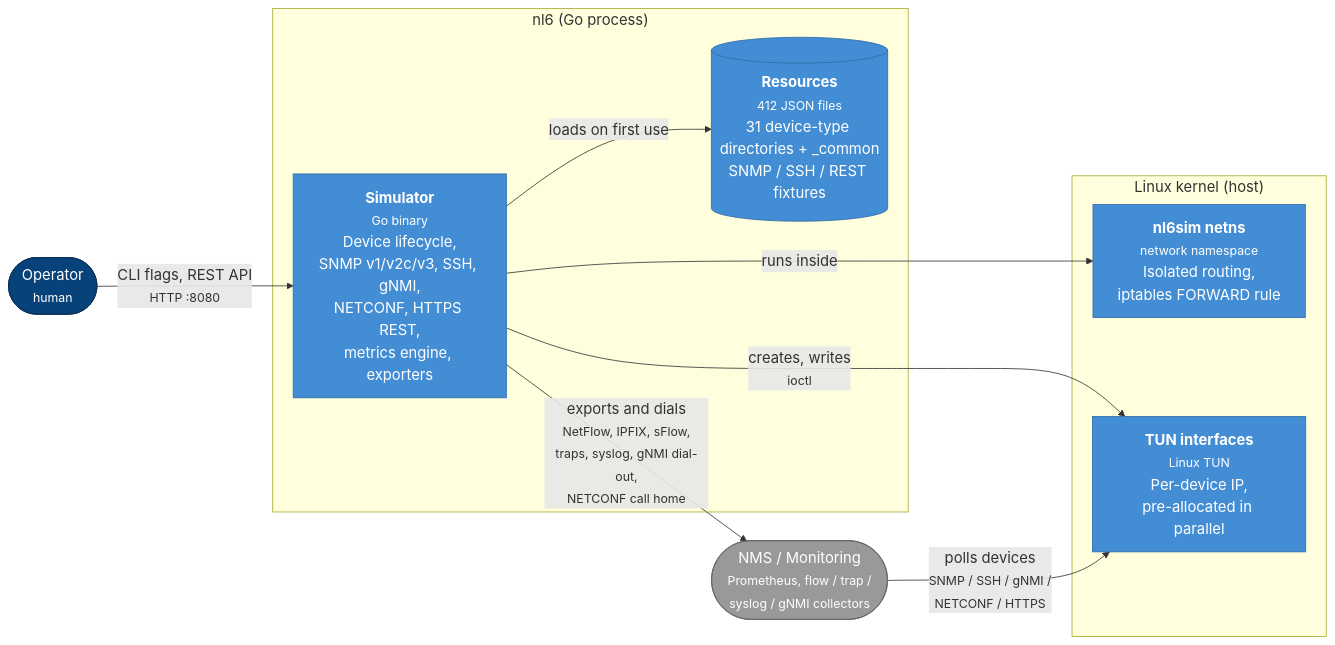
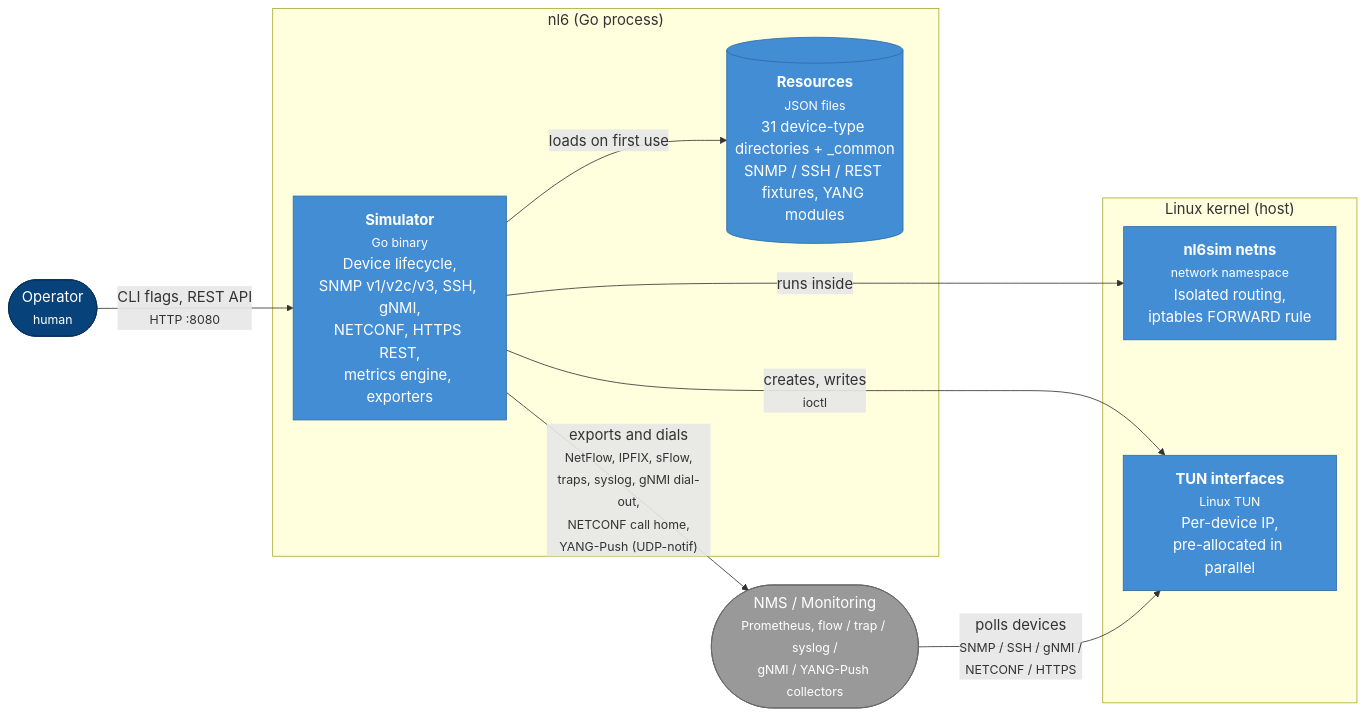
Before and after one commit to labmonkeys-space/nl6: the diagram in docs/explanation/architecture.md, drawn with Mermaid. The commit also changed other lines of this file and 6 other files, not shown here.

First line of the commit message:
docs: cover YANG-Push, point the README at nl6.eu and tighten three pages (#997)

````diff
--- a/docs/explanation/architecture.md
+++ b/docs/explanation/architecture.md
@@ -16,28 +16,28 @@
 ```mermaid
 %%{init: {'themeVariables': {'fontSize': '18px'}}}%%
 flowchart LR
     operator(["Operator<br/><small>human</small>"]):::person
-    nms(["NMS / Monitoring<br/><small>Prometheus, flow / trap /<br/>syslog / gNMI collectors</small>"]):::ext
+    nms(["NMS / Monitoring<br/><small>Prometheus, flow / trap / syslog /<br/>gNMI / YANG-Push collectors</small>"]):::ext
 
     subgraph nl6 ["nl6 (Go process)"]
         simulator["<b>Simulator</b><br/><small>Go binary</small><br/>Device lifecycle,<br/>SNMP v1/v2c/v3, SSH, gNMI,<br/>NETCONF, HTTPS REST,<br/>metrics engine, exporters"]
-        resources[("<b>Resources</b><br/><small>412 JSON files</small><br/>31 device-type directories + _common<br/>SNMP / SSH / REST fixtures")]
+        resources[("<b>Resources</b><br/><small>JSON files</small><br/>31 device-type directories + _common<br/>SNMP / SSH / REST fixtures, YANG modules")]
     end
 
     subgraph kernel ["Linux kernel (host)"]
         netns["<b>nl6sim netns</b><br/><small>network namespace</small><br/>Isolated routing,<br/>iptables FORWARD rule"]
         tun["<b>TUN interfaces</b><br/><small>Linux TUN</small><br/>Per-device IP,<br/>pre-allocated in parallel"]
     end
 
     operator -->|"CLI flags, REST API<br/><small>HTTP :8080</small>"| simulator
     simulator -->|loads on first use| resources
     simulator -->|creates, writes<br/><small>ioctl</small>| tun
     simulator -->|runs inside| netns
     nms -->|"polls devices<br/><small>SNMP / SSH / gNMI /<br/>NETCONF / HTTPS</small>"| tun
-    simulator -->|"exports and dials<br/><small>NetFlow, IPFIX, sFlow,<br/>traps, syslog, gNMI dial-out,<br/>NETCONF call home</small>"| nms
+    simulator -->|"exports and dials<br/><small>NetFlow, IPFIX, sFlow,<br/>traps, syslog, gNMI dial-out,<br/>NETCONF call home,<br/>YANG-Push (UDP-notif)</small>"| nms
 
     classDef person fill:#08427b,stroke:#052e56,color:#fff
     classDef ext fill:#999,stroke:#666,color:#fff
     classDef default fill:#438dd5,stroke:#2e6da4,color:#fff
     class simulator,resources,netns,tun default
 ```
````
